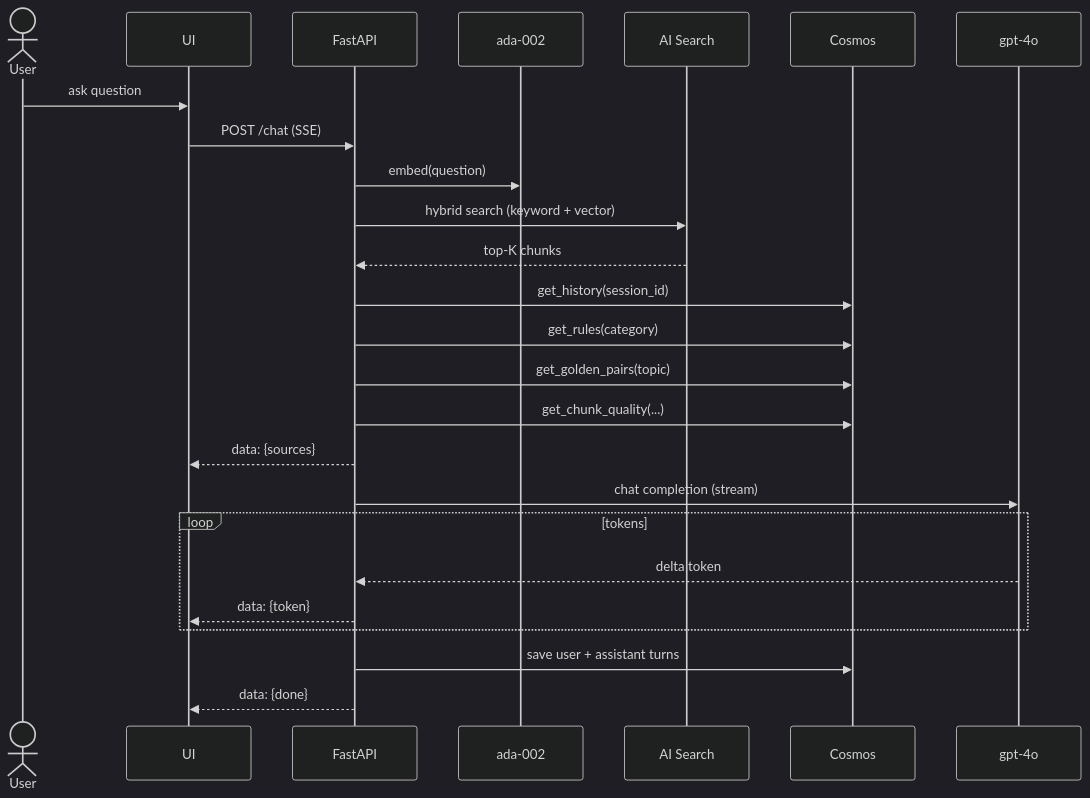
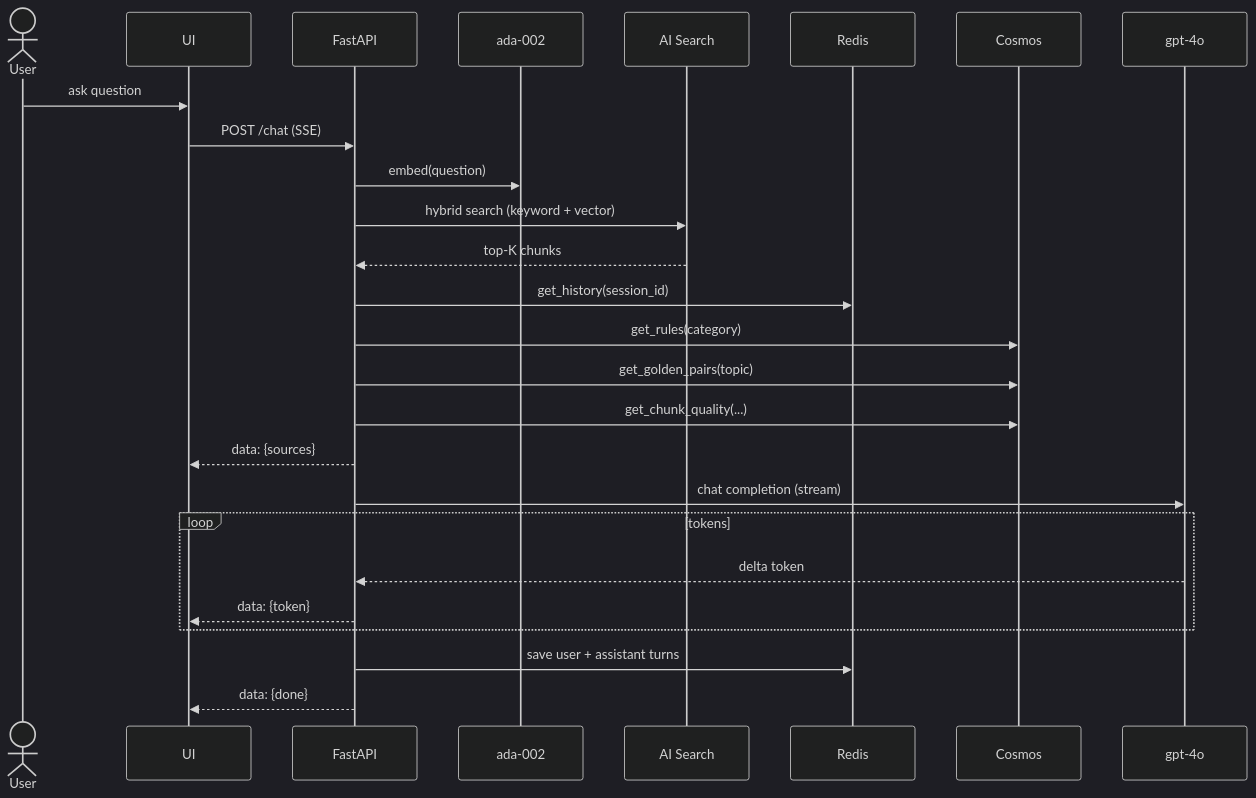
Before and after one commit to nishant5790/doc-mind-ai: the third of 13 diagrams in docs/architecture.md, drawn with Mermaid (dark theme). The commit also changed other lines of this file and 2 other files, not shown here.

````diff
--- a/docs/architecture.md
+++ b/docs/architecture.md
@@ -91,28 +93,29 @@
 ```mermaid
 sequenceDiagram
     actor U as User
     participant UI
     participant API as FastAPI
     participant E as ada-002
     participant S as AI Search
+    participant Redis as Redis
     participant Cosmos
     participant L as gpt-4o
 
     U->>UI: ask question
     UI->>API: POST /chat (SSE)
     API->>E: embed(question)
     API->>S: hybrid search (keyword + vector)
     S-->>API: top-K chunks
-    API->>Cosmos: get_history(session_id)
+    API->>Redis: get_history(session_id)
     API->>Cosmos: get_rules(category)
     API->>Cosmos: get_golden_pairs(topic)
     API->>Cosmos: get_chunk_quality(...)  # re-rank
     API-->>UI: data: {sources}
     API->>L: chat completion (stream)
     loop tokens
         L-->>API: delta token
         API-->>UI: data: {token}
     end
-    API->>Cosmos: save user + assistant turns
+    API->>Redis: save user + assistant turns
     API-->>UI: data: {done}
 ```
````
